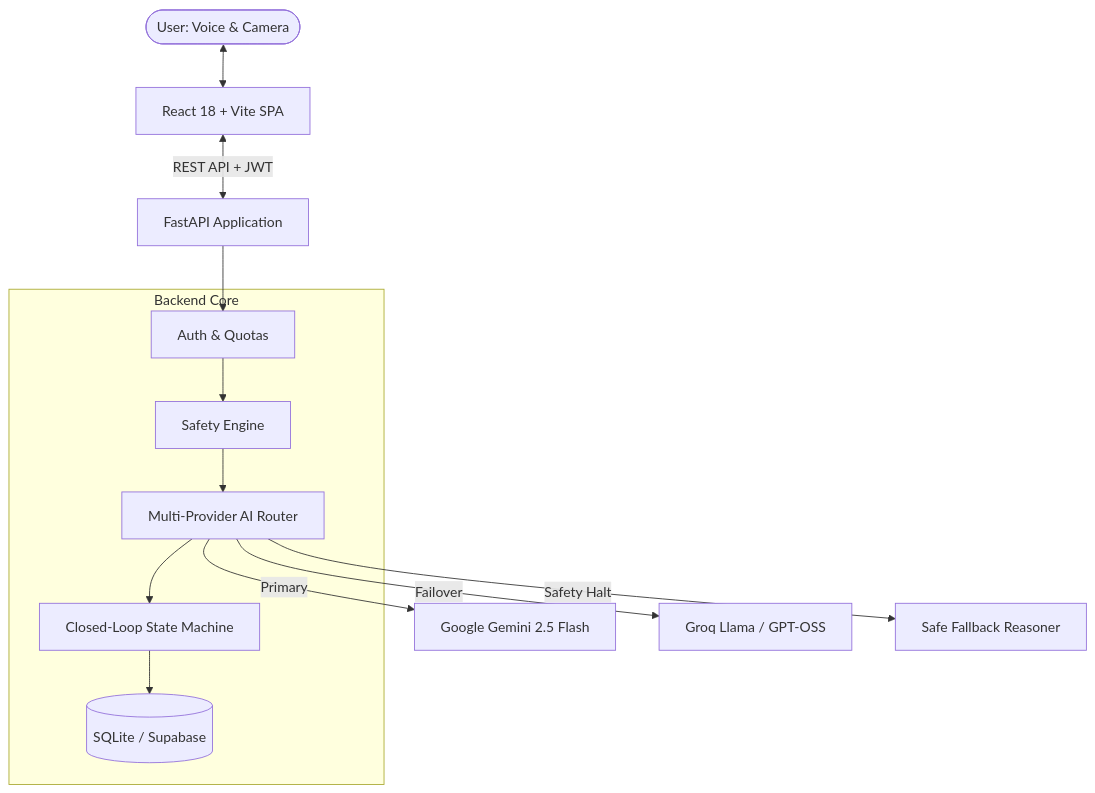
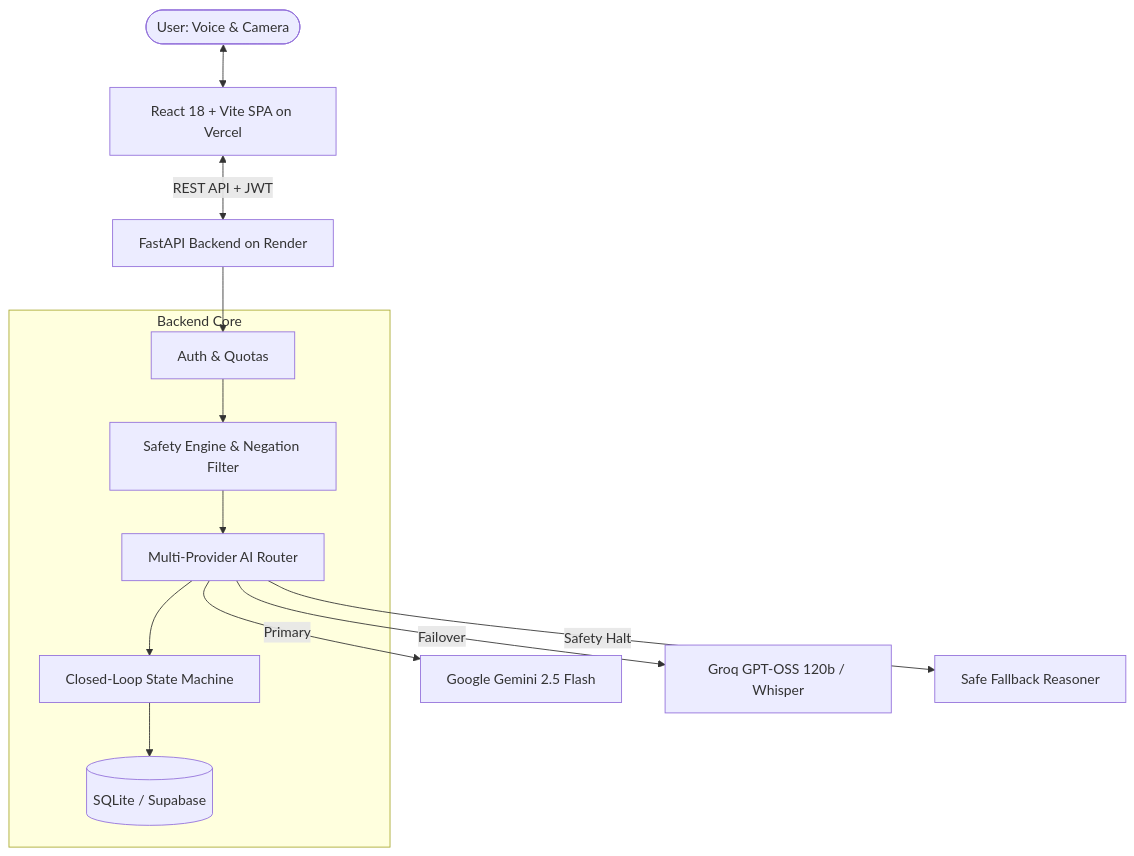
One commit to chandana-builds/sensora-ai changed the diagram in README.md. Above: the diagram before and after it, drawn with Mermaid. The commit also changed other lines of this file and 6 other files, not shown here.

Commit message:
Configure live deployment URLs for Vercel, Render, and Supabase with demo walkthrough

````diff
--- a/README.md
+++ b/README.md
@@ -64,22 +106,22 @@
 ```mermaid
 graph TD
-    User([User: Voice & Camera]) <--> Frontend[React 18 + Vite SPA]
-    Frontend <-->|REST API + JWT| Backend[FastAPI Application]
+    User([User: Voice & Camera]) <--> Frontend[React 18 + Vite SPA on Vercel]
+    Frontend <-->|REST API + JWT| Backend[FastAPI Backend on Render]
     
     subgraph Backend Core
         Auth[Auth & Quotas]
-        SafetyGate[Safety Engine]
+        SafetyGate[Safety Engine & Negation Filter]
         Router[Multi-Provider AI Router]
         Workflow[Closed-Loop State Machine]
         Storage[(SQLite / Supabase)]
     end
 
     Backend --> Auth
     Auth --> SafetyGate
     SafetyGate --> Router
     Router -->|Primary| Gemini[Google Gemini 2.5 Flash]
-    Router -->|Failover| Groq[Groq Llama / GPT-OSS]
+    Router -->|Failover| Groq[Groq GPT-OSS 120b / Whisper]
     Router -->|Safety Halt| SafeFallback[Safe Fallback Reasoner]
     Router --> Workflow
     Workflow --> Storage
 ```
````
